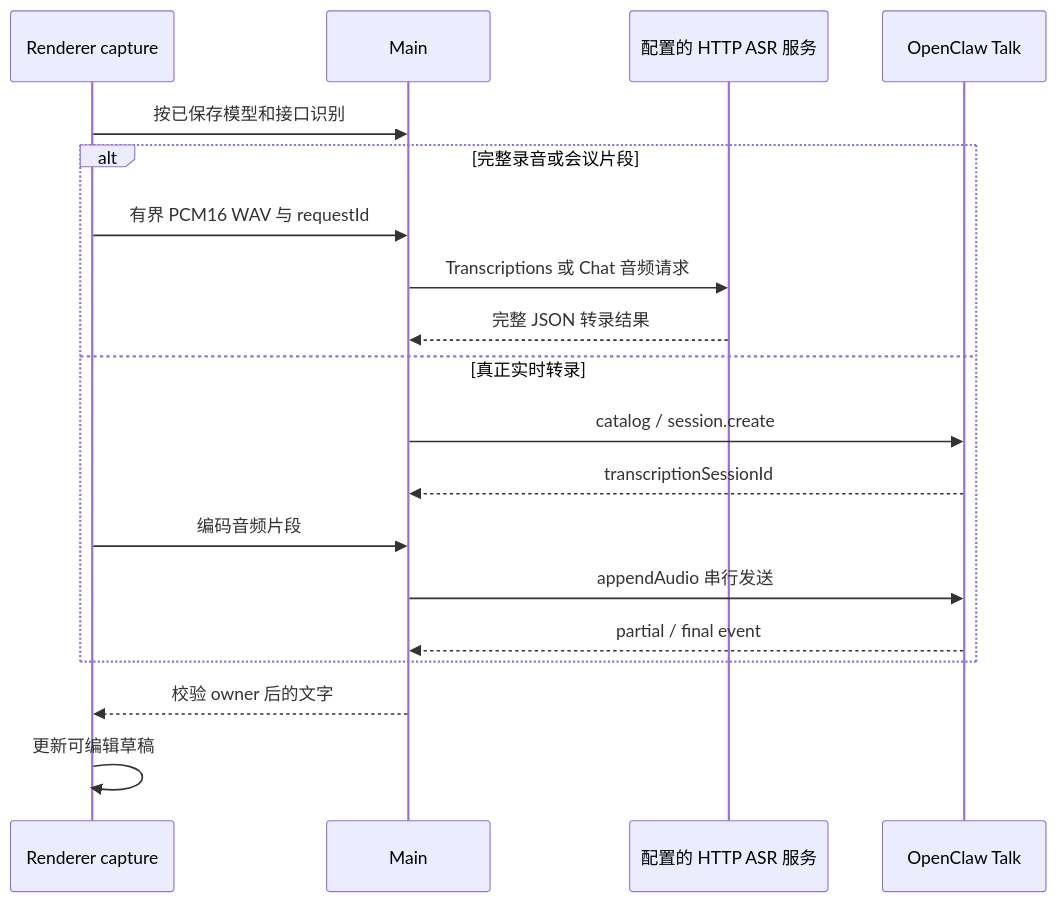
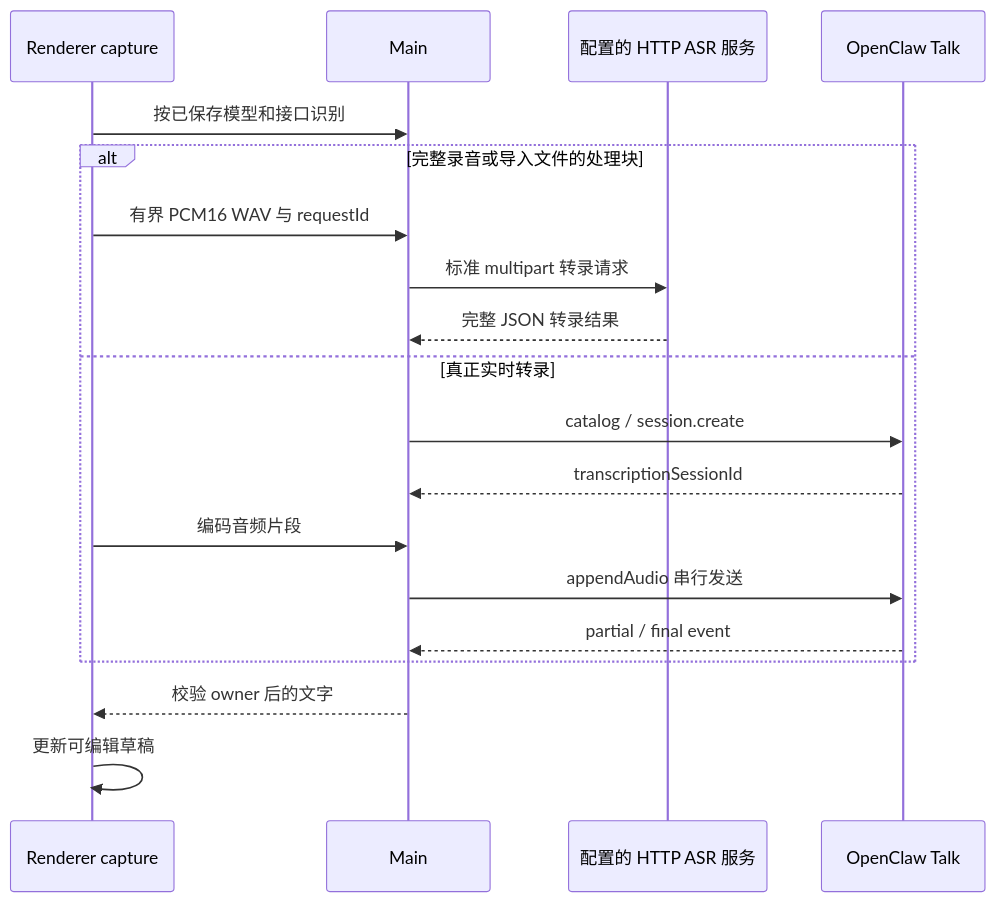
Before and after one commit to liangxhao/JustDo: the second of 3 diagrams in docs/features/speech/voice-and-transcription.md, drawn with Mermaid. The commit also changed other lines of this file and 28 other files, not shown here.

````diff
--- a/docs/features/speech/voice-and-transcription.md
+++ b/docs/features/speech/voice-and-transcription.md
@@ -105,21 +113,21 @@
 ```mermaid
 sequenceDiagram
   participant R as Renderer capture
   participant M as Main
   participant H as 配置的 HTTP ASR 服务
   participant G as OpenClaw Talk
   R->>M: 按已保存模型和接口识别
-  alt 完整录音或会议片段
+  alt 完整录音或导入文件的处理块
     R->>M: 有界 PCM16 WAV 与 requestId
-    M->>H: Transcriptions 或 Chat 音频请求
+    M->>H: 标准 multipart 转录请求
     H-->>M: 完整 JSON 转录结果
   else 真正实时转录
     M->>G: catalog / session.create
     G-->>M: transcriptionSessionId
     R->>M: 编码音频片段
     M->>G: appendAudio 串行发送
     G-->>M: partial / final event
   end
   M-->>R: 校验 owner 后的文字
   R->>R: 更新可编辑草稿
 ```
````
